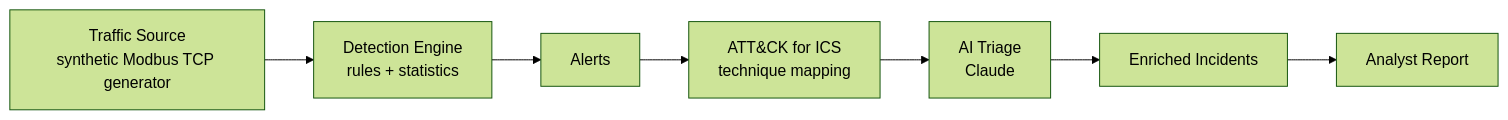
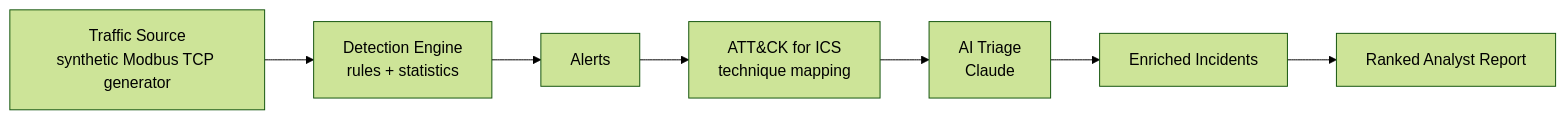
Before and after one commit to jamilf/OT-AI: the diagram in README.md, drawn with Mermaid (forest theme). The commit also changed other lines of this file and 6 other files, not shown here.

First line of the commit message:
Phase 6: ranked incident report + one-command demo + portfolio docs

````diff
--- a/README.md
+++ b/README.md
@@ -21,9 +23,9 @@
 ```mermaid
 flowchart LR
     G[Traffic Source<br/>synthetic Modbus TCP generator] --> D[Detection Engine<br/>rules + statistics]
     D --> A[Alerts]
     A --> M[ATT&CK for ICS<br/>technique mapping]
     M --> T[AI Triage<br/>Claude]
     T --> E[Enriched Incidents]
-    E --> R[Analyst Report]
+    E --> R[Ranked Analyst Report]
 ```
````
